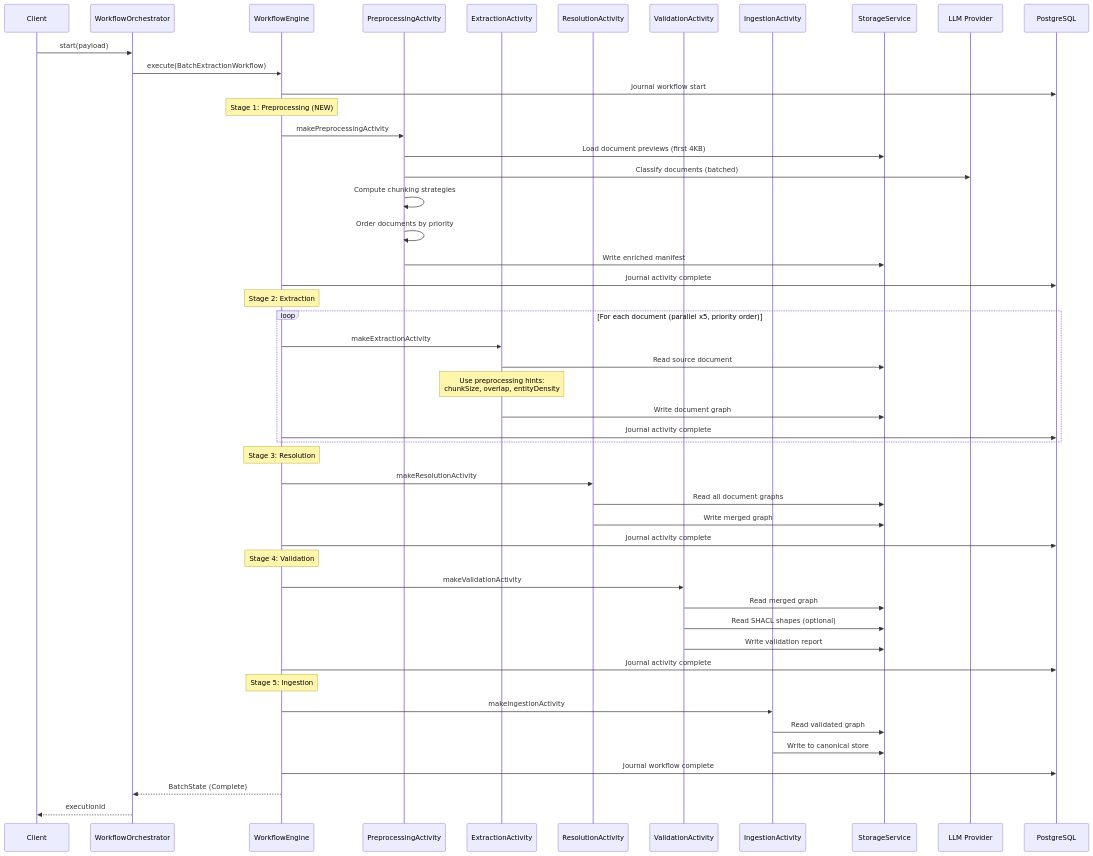
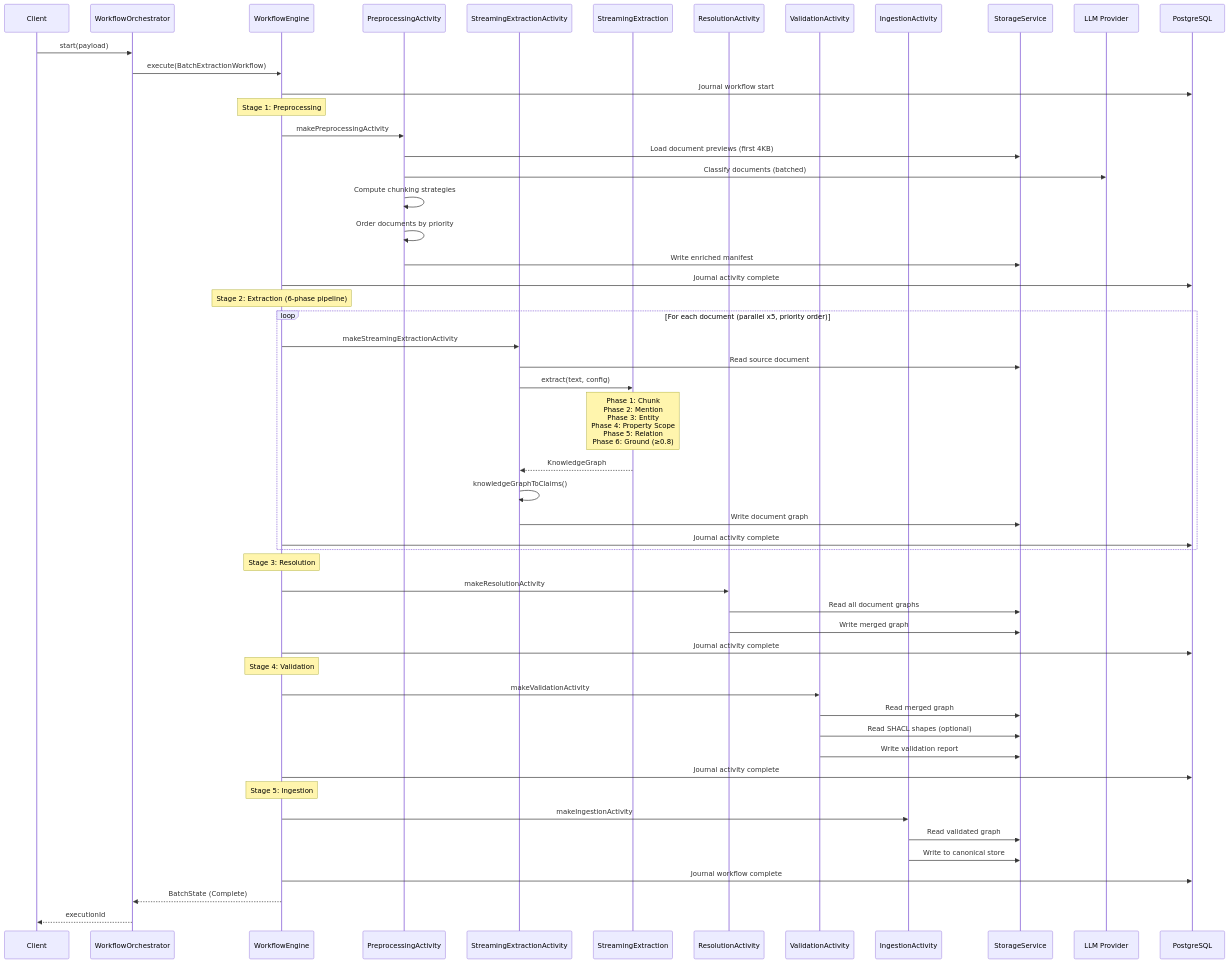
One commit to mepuka/effect-ontology changed the fifth of 18 diagrams in packages/@core-v2/docs/architecture/system-architecture.md. Above: the diagram before and after it, drawn with Mermaid. The commit also changed other lines of this file and 62 other files, not shown here.

````diff
--- a/packages/@core-v2/docs/architecture/system-architecture.md
+++ b/packages/@core-v2/docs/architecture/system-architecture.md
@@ -252,58 +332,62 @@
 ```mermaid
 sequenceDiagram
     participant C as Client
     participant WO as WorkflowOrchestrator
     participant WE as WorkflowEngine
     participant PA as PreprocessingActivity
-    participant EA as ExtractionActivity
+    participant SEA as StreamingExtractionActivity
+    participant SE as StreamingExtraction
     participant RA as ResolutionActivity
     participant VA as ValidationActivity
     participant IA as IngestionActivity
     participant S as StorageService
     participant LLM as LLM Provider
     participant PG as PostgreSQL
 
     C->>WO: start(payload)
     WO->>WE: execute(BatchExtractionWorkflow)
     WE->>PG: Journal workflow start
 
-    Note over WE: Stage 1: Preprocessing (NEW)
+    Note over WE: Stage 1: Preprocessing
     WE->>PA: makePreprocessingActivity
     PA->>S: Load document previews (first 4KB)
     PA->>LLM: Classify documents (batched)
     PA->>PA: Compute chunking strategies
     PA->>PA: Order documents by priority
     PA->>S: Write enriched manifest
     WE->>PG: Journal activity complete
 
-    Note over WE: Stage 2: Extraction
+    Note over WE: Stage 2: Extraction (6-phase pipeline)
     loop For each document (parallel x5, priority order)
-        WE->>EA: makeExtractionActivity
-        EA->>S: Read source document
-        Note over EA: Use preprocessing hints:<br/>chunkSize, overlap, entityDensity
-        EA->>S: Write document graph
+        WE->>SEA: makeStreamingExtractionActivity
+        SEA->>S: Read source document
+        SEA->>SE: extract(text, config)
+        Note over SE: Phase 1: Chunk<br/>Phase 2: Mention<br/>Phase 3: Entity<br/>Phase 4: Property Scope<br/>Phase 5: Relation<br/>Phase 6: Ground (≥0.8)
+        SE-->>SEA: KnowledgeGraph
+        SEA->>SEA: knowledgeGraphToClaims()
+        SEA->>S: Write document graph
         WE->>PG: Journal activity complete
     end
 
     Note over WE: Stage 3: Resolution
     WE->>RA: makeResolutionActivity
     RA->>S: Read all document graphs
     RA->>S: Write merged graph
     WE->>PG: Journal activity complete
 
     Note over WE: Stage 4: Validation
     WE->>VA: makeValidationActivity
     VA->>S: Read merged graph
     VA->>S: Read SHACL shapes (optional)
     VA->>S: Write validation report
     WE->>PG: Journal activity complete
 
     Note over WE: Stage 5: Ingestion
     WE->>IA: makeIngestionActivity
     IA->>S: Read validated graph
     IA->>S: Write to canonical store
     WE->>PG: Journal workflow complete
 
     WE-->>WO: BatchState (Complete)
     WO-->>C: executionId
 ```
````
